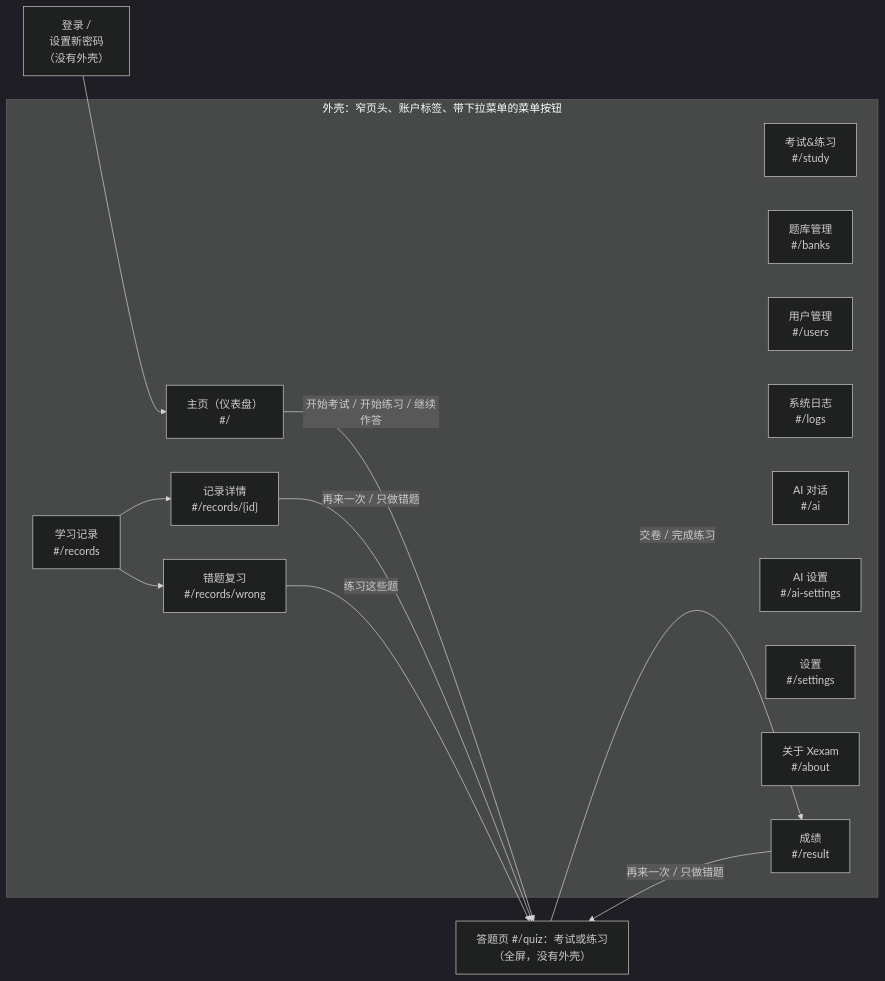
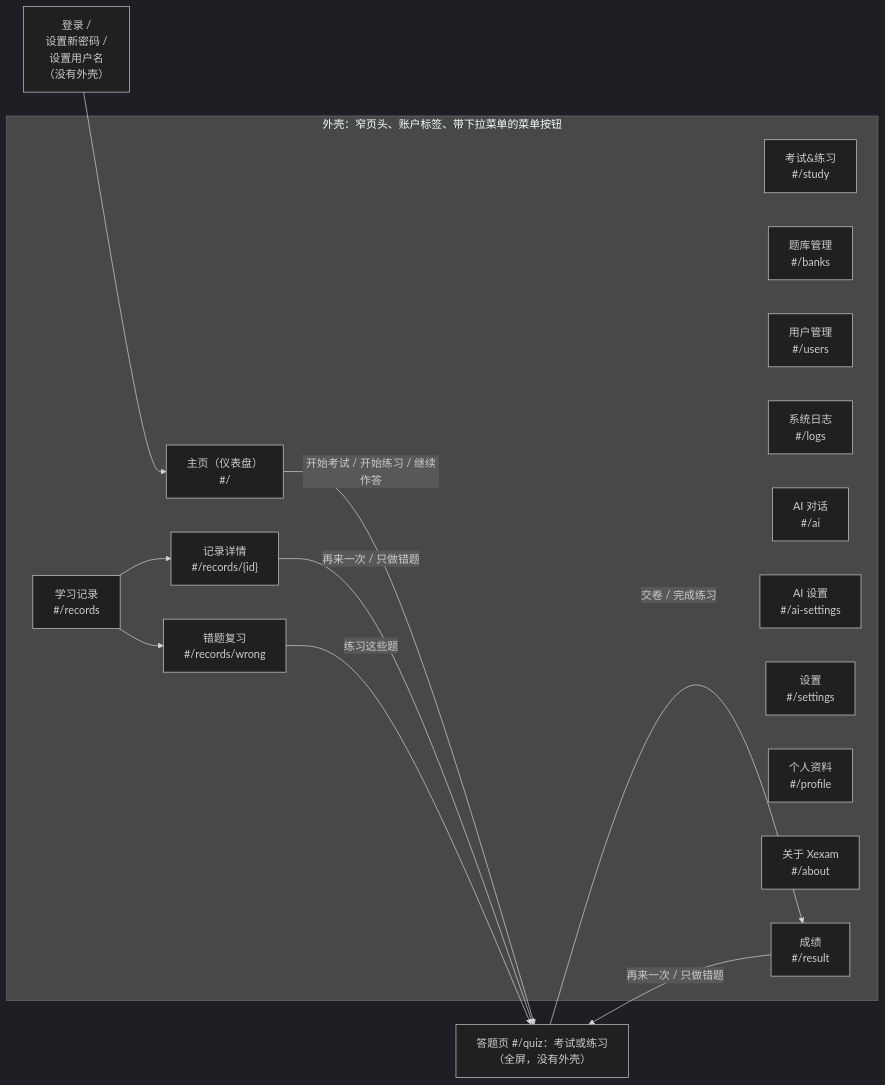
The fifth of 8 diagrams in docs/zh-CN/architecture.md (Yumin-Space/xexam), drawn with Mermaid (dark theme) before and after one commit. The commit also changed other lines of this file and 330 other files, not shown here.

````diff
--- a/docs/zh-CN/architecture.md
+++ b/docs/zh-CN/architecture.md
@@ -385,27 +386,28 @@
 ```mermaid
 flowchart LR
-    SI["登录 /<br/>设置新密码<br/>（没有外壳）"] --> H
+    SI["登录 /<br/>设置新密码 /<br/>设置用户名<br/>（没有外壳）"] --> H
     subgraph shell["外壳：窄页头、账户标签、带下拉菜单的菜单按钮"]
         H["主页（仪表盘）<br/>#/"]
         ST["考试&练习<br/>#/study"]
         B["题库管理<br/>#/banks"]
         R["学习记录<br/>#/records"]
         US["用户管理<br/>#/users"]
         LG["系统日志<br/>#/logs"]
         AI["AI 对话<br/>#/ai"]
         AIS["AI 设置<br/>#/ai-settings"]
         S["设置<br/>#/settings"]
+        P["个人资料<br/>#/profile"]
         AB["关于 Xexam<br/>#/about"]
         D["记录详情<br/>#/records/{id}"]
         W["错题复习<br/>#/records/wrong"]
         RS["成绩<br/>#/result"]
     end
     Q["答题页 #/quiz：考试或练习<br/>（全屏，没有外壳）"]
     R --> D
     R --> W
     H -->|"开始考试 / 开始练习 / 继续作答"| Q
     Q -->|"交卷 / 完成练习"| RS
     RS -->|"再来一次 / 只做错题"| Q
     D -->|"再来一次 / 只做错题"| Q
     W -->|"练习这些题"| Q
 ```
````
